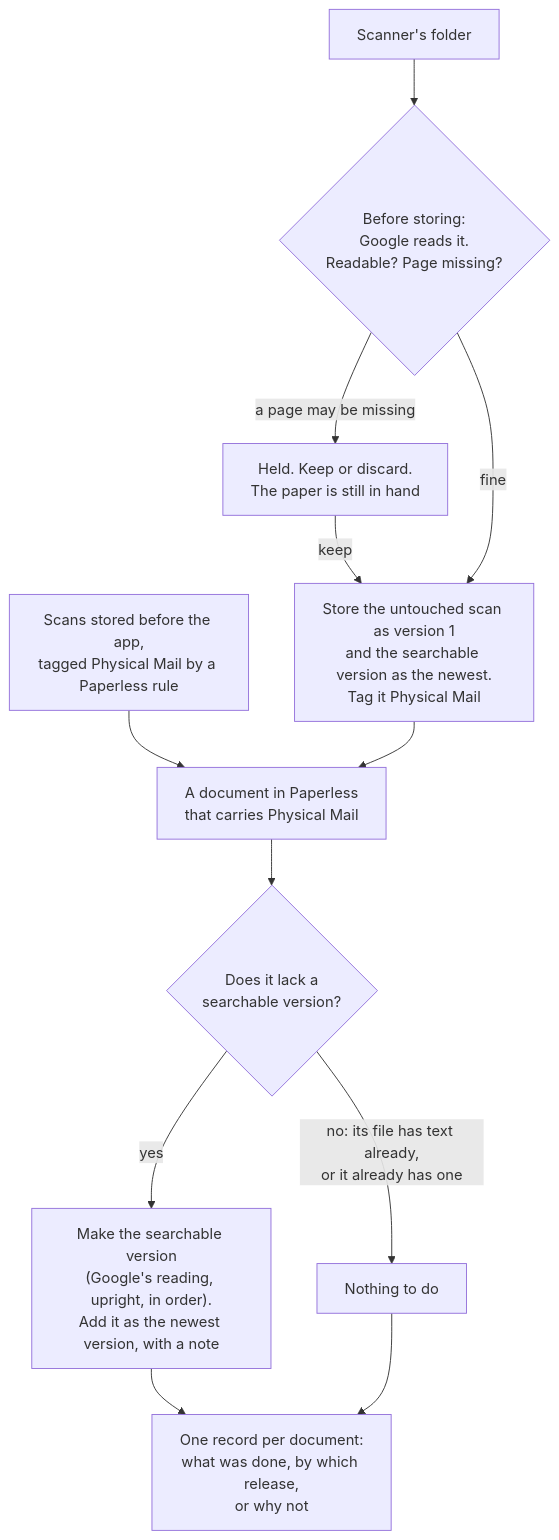
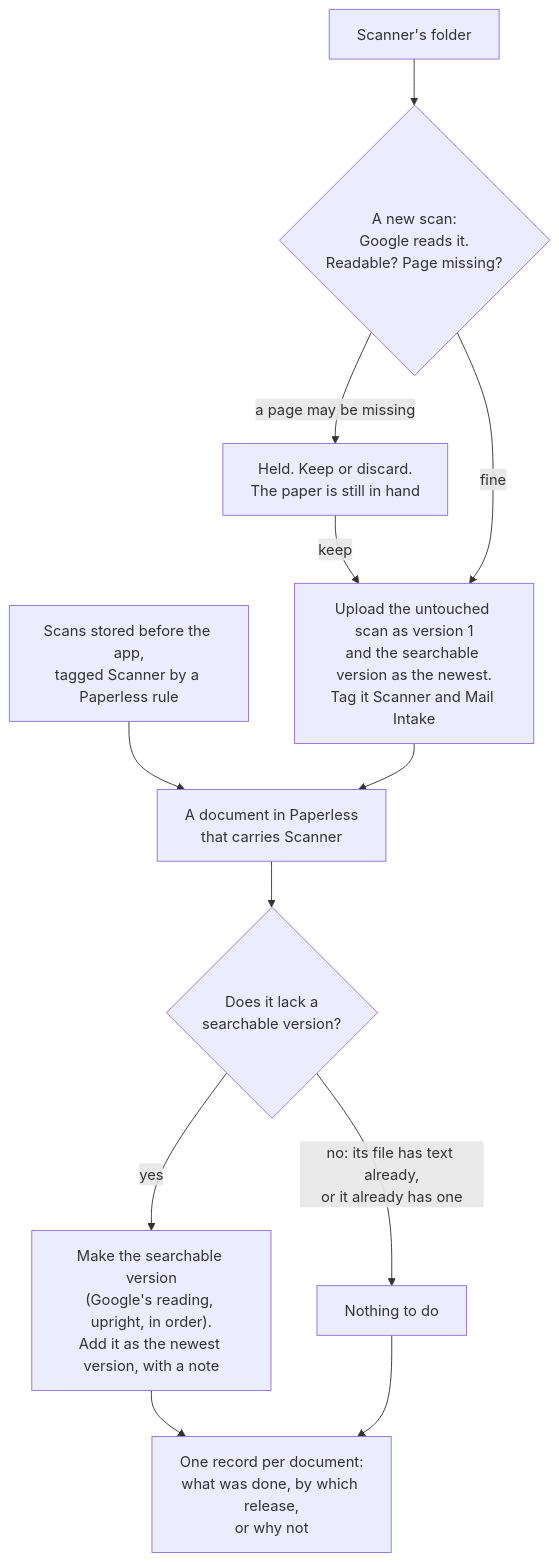
Before and after one commit to JaneJeon/homeassistant-apps: the diagram in paperless-ngx-intake/DESIGN.md, drawn with Mermaid. The commit also changed other lines of this file and 37 other files, not shown here.

First line of the commit message:
Paperless-ngx Scanner 1.4.0: start each scan only when the Green and Paperless can take it (#54)

````diff
--- a/paperless-ngx-intake/DESIGN.md
+++ b/paperless-ngx-intake/DESIGN.md
@@ -56,14 +60,14 @@
 ```mermaid
 flowchart TD
-    scanner["Scanner's folder"] --> check{"Before storing:<br/>Google reads it.<br/>Readable? Page missing?"}
+    scanner["Scanner's folder"] --> check{"A new scan:<br/>Google reads it.<br/>Readable? Page missing?"}
     check -- "a page may be missing" --> held["Held. Keep or discard.<br/>The paper is still in hand"]
     held -- "keep" --> store
-    check -- "fine" --> store["Store the untouched scan as version 1<br/>and the searchable version as the newest.<br/>Tag it Physical Mail"]
-    old["Scans stored before the app,<br/>tagged Physical Mail by a Paperless rule"] --> stored
-    store --> stored["A document in Paperless<br/>that carries Physical Mail"]
+    check -- "fine" --> store["Upload the untouched scan as version 1<br/>and the searchable version as the newest.<br/>Tag it Scanner and Mail Intake"]
+    old["Scans stored before the app,<br/>tagged Scanner by a Paperless rule"] --> stored
+    store --> stored["A document in Paperless<br/>that carries Scanner"]
     stored --> need{"Does it lack a<br/>searchable version?"}
     need -- "yes" --> make["Make the searchable version<br/>(Google's reading, upright, in order).<br/>Add it as the newest version, with a note"]
     need -- "no: its file has text already,<br/>or it already has one" --> none["Nothing to do"]
     make --> record["One record per document:<br/>what was done, by which release,<br/>or why not"]
     none --> record
 ```
````
